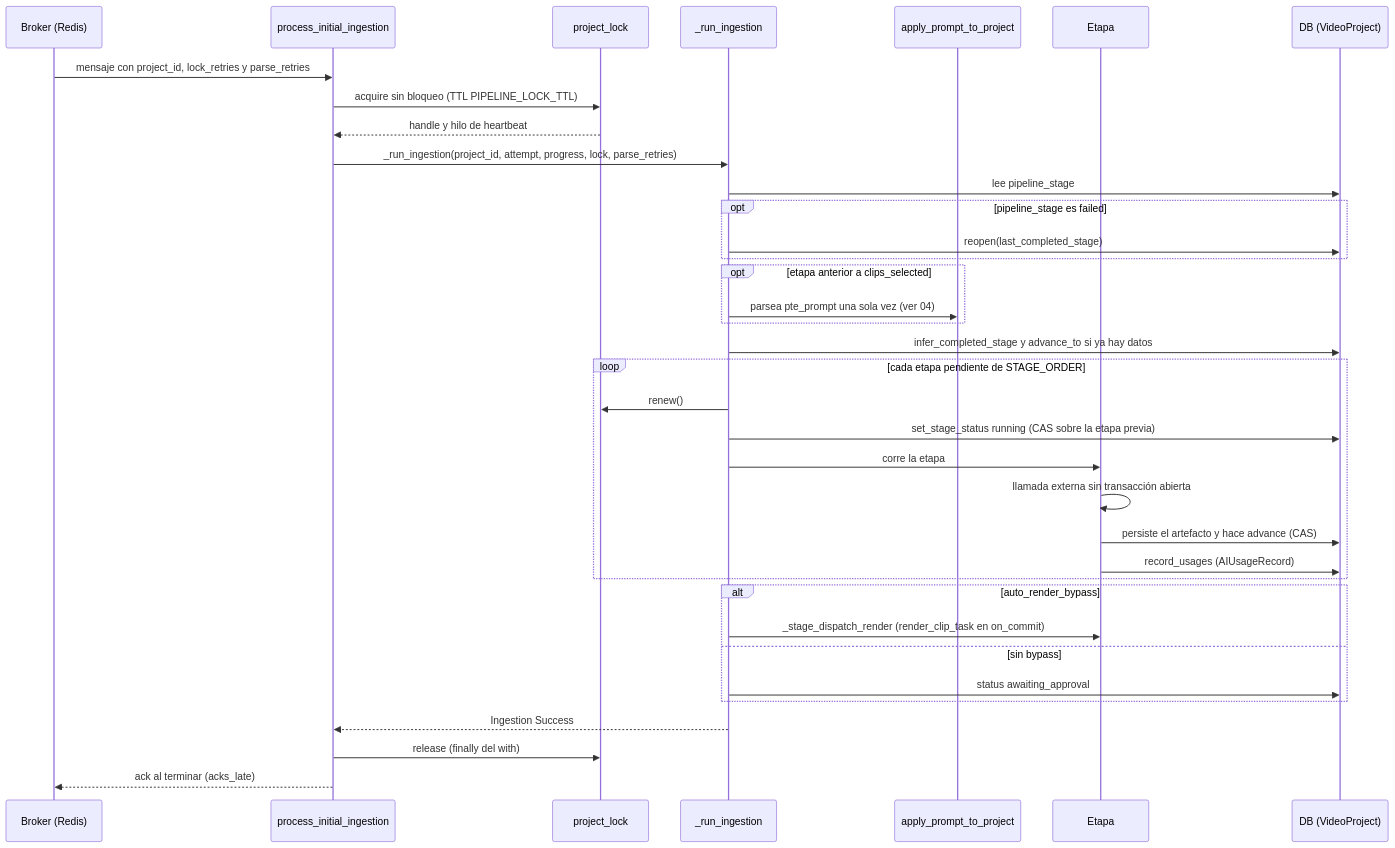
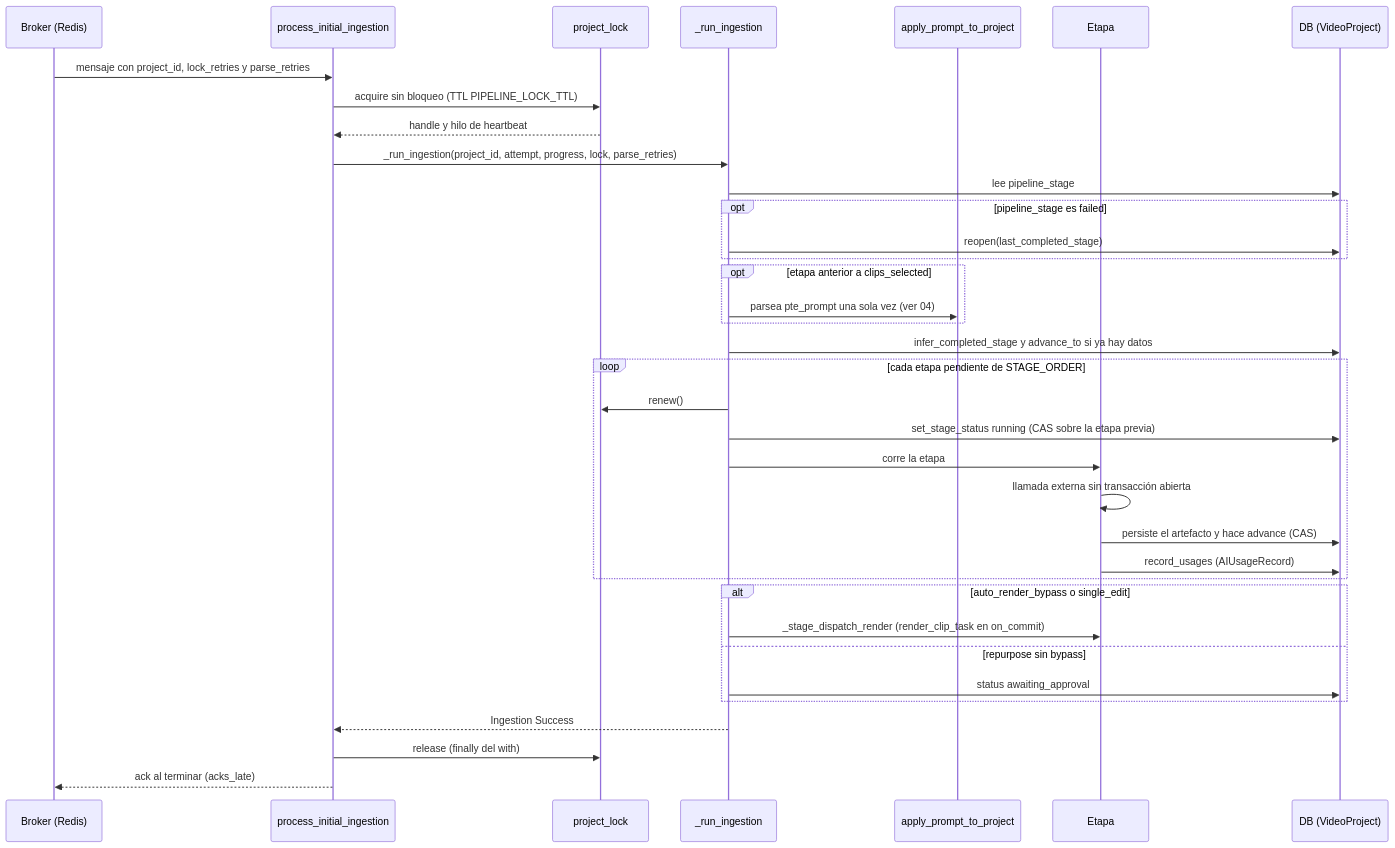
Before and after one commit to RomeKai/videoeditUTN: the first of 5 diagrams in documents/ia/02-pipeline-de-ingesta.md, drawn with Mermaid. The commit also changed other lines of this file and 7 other files, not shown here.

First line of the commit message:
feat(ia): pipeline propio para "Editar el video completo" (single_edit)

````diff
--- a/documents/ia/02-pipeline-de-ingesta.md
+++ b/documents/ia/02-pipeline-de-ingesta.md
@@ -25,39 +25,39 @@
 ```mermaid
 sequenceDiagram
     participant Q as Broker (Redis)
     participant T as process_initial_ingestion
     participant L as project_lock
     participant R as _run_ingestion
     participant PTE as apply_prompt_to_project
     participant S as Etapa
     participant DB as DB (VideoProject)
 
     Q->>T: mensaje con project_id, lock_retries y parse_retries
     T->>L: acquire sin bloqueo (TTL PIPELINE_LOCK_TTL)
     L-->>T: handle y hilo de heartbeat
     T->>R: _run_ingestion(project_id, attempt, progress, lock, parse_retries)
     R->>DB: lee pipeline_stage
     opt pipeline_stage es failed
         R->>DB: reopen(last_completed_stage)
     end
     opt etapa anterior a clips_selected
         R->>PTE: parsea pte_prompt una sola vez (ver 04)
     end
     R->>DB: infer_completed_stage y advance_to si ya hay datos
     loop cada etapa pendiente de STAGE_ORDER
         R->>L: renew()
         R->>DB: set_stage_status running (CAS sobre la etapa previa)
         R->>S: corre la etapa
         S->>S: llamada externa sin transacción abierta
         S->>DB: persiste el artefacto y hace advance (CAS)
         S->>DB: record_usages (AIUsageRecord)
     end
-    alt auto_render_bypass
+    alt auto_render_bypass o single_edit
         R->>S: _stage_dispatch_render (render_clip_task en on_commit)
-    else sin bypass
+    else repurpose sin bypass
         R->>DB: status awaiting_approval
     end
     R-->>T: Ingestion Success
     T->>L: release (finally del with)
     T-->>Q: ack al terminar (acks_late)
 ```
````
